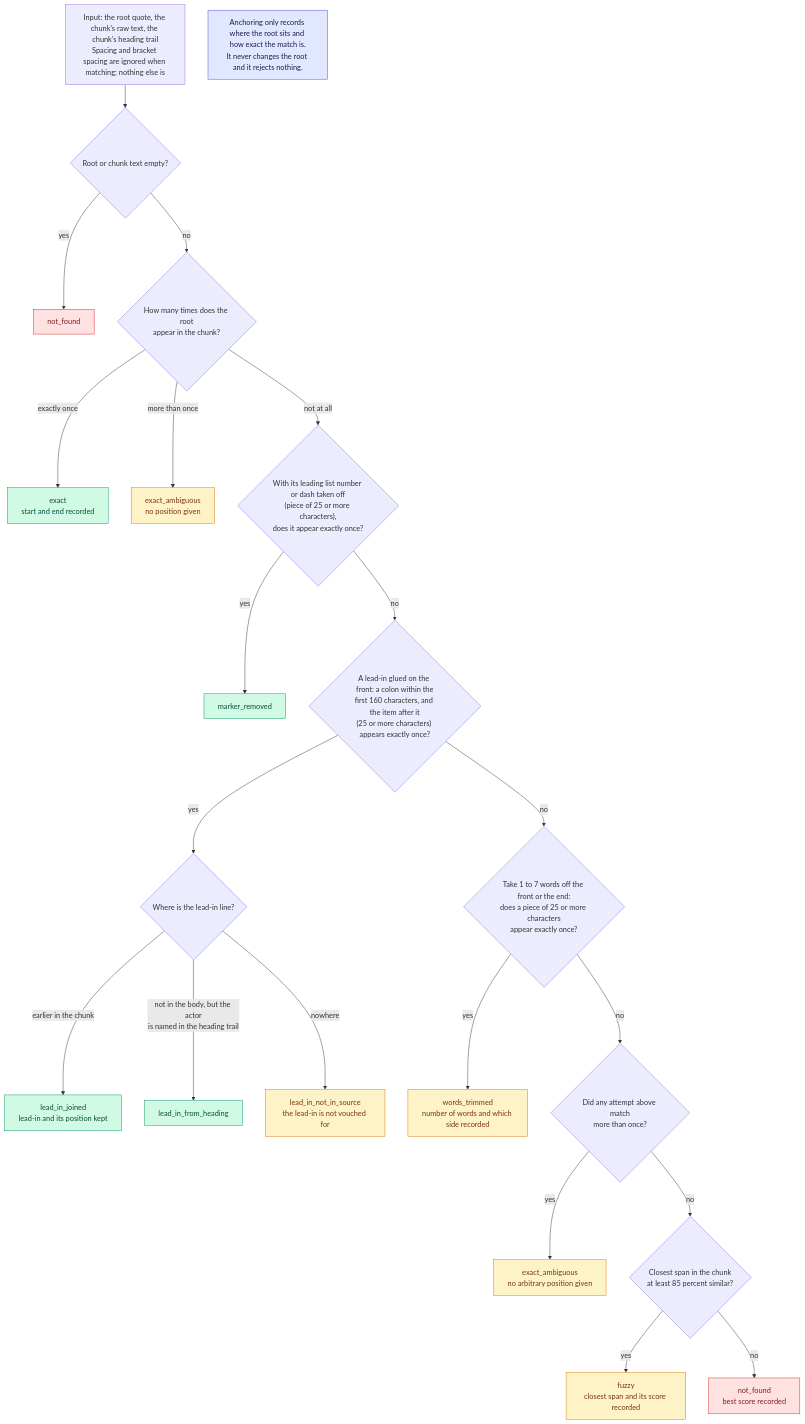
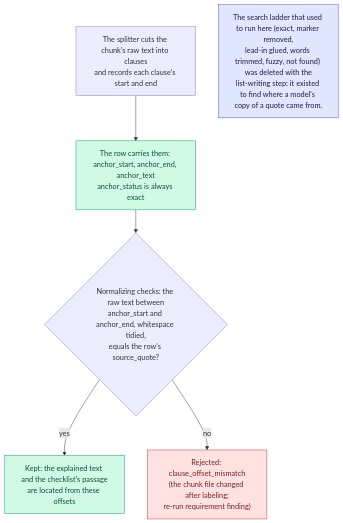
Before and after one commit to TylerGRClark/ReqBot: the diagram in docs/diagrams/04_anchoring.md, drawn with Mermaid. The commit also changed other lines of this file and 81 other files, not shown here.

First line of the commit message:
feat(pipeline): requirement finding is clause labeling; delete the list-writing step (WP-4) (#365)

````diff
--- a/docs/diagrams/04_anchoring.md
+++ b/docs/diagrams/04_anchoring.md
@@ -5,34 +5,20 @@
 ```mermaid
 flowchart TD
-    IN["Input: the root quote, the chunk's raw text, the chunk's heading trail<br/>Spacing and bracket spacing are ignored when matching; nothing else is"]
-    NOTE["Anchoring only records where the root sits and how exact the match is.<br/>It never changes the root and it rejects nothing."]
+    S["The splitter cuts the chunk's raw text into clauses<br/>and records each clause's start and end"]
+    R["The row carries them: anchor_start, anchor_end, anchor_text<br/>anchor_status is always exact"]
+    N{"Normalizing checks: the raw text between<br/>anchor_start and anchor_end, whitespace tidied,<br/>equals the row's source_quote?"}
+    OK["Kept: the explained text and the checklist's passage<br/>are located from these offsets"]
+    BAD["Rejected: clause_offset_mismatch<br/>(the chunk file changed after labeling;<br/>re-run requirement finding)"]
+    NOTE["The search ladder that used to run here (exact, marker removed,<br/>lead-in glued, words trimmed, fuzzy, not found) was deleted with the<br/>list-writing step: it existed to find where a model's copy of a quote came from."]
 
-    IN --> A0{"Root or chunk text empty?"}
-    A0 -->|yes| NF1["not_found"]
-    A0 -->|no| A1{"How many times does the root<br/>appear in the chunk?"}
-    A1 -->|"exactly once"| EX["exact<br/>start and end recorded"]
-    A1 -->|"more than once"| AMB["exact_ambiguous<br/>no position given"]
-    A1 -->|"not at all"| A2{"With its leading list number or dash taken off<br/>(piece of 25 or more characters),<br/>does it appear exactly once?"}
-    A2 -->|yes| MR["marker_removed"]
-    A2 -->|no| A3{"A lead-in glued on the front: a colon within the<br/>first 160 characters, and the item after it<br/>(25 or more characters) appears exactly once?"}
-    A3 -->|yes| A3a{"Where is the lead-in line?"}
-    A3a -->|"earlier in the chunk"| LJ["lead_in_joined<br/>lead-in and its position kept"]
-    A3a -->|"not in the body, but the actor<br/>is named in the heading trail"| LH["lead_in_from_heading"]
-    A3a -->|"nowhere"| LN["lead_in_not_in_source<br/>the lead-in is not vouched for"]
-    A3 -->|no| A4{"Take 1 to 7 words off the front or the end:<br/>does a piece of 25 or more characters<br/>appear exactly once?"}
-    A4 -->|yes| WT["words_trimmed<br/>number of words and which side recorded"]
-    A4 -->|no| A5{"Did any attempt above match<br/>more than once?"}
-    A5 -->|yes| AMB2["exact_ambiguous<br/>no arbitrary position given"]
-    A5 -->|no| A6{"Closest span in the chunk<br/>at least 85 percent similar?"}
-    A6 -->|yes| FZ["fuzzy<br/>closest span and its score recorded"]
-    A6 -->|no| NF2["not_found<br/>best score recorded"]
+    S --> R --> N
+    N -->|yes| OK
+    N -->|no| BAD
 
     classDef ok fill:#d1fae5,stroke:#059669,color:#064e3b;
-    classDef loose fill:#fef3c7,stroke:#d97706,color:#78350f;
     classDef none fill:#fee2e2,stroke:#dc2626,color:#7f1d1d;
     classDef note fill:#e0e7ff,stroke:#4f46e5,color:#1e1b4b;
-    class EX,MR,LJ,LH ok;
-    class AMB,AMB2,LN,WT,FZ loose;
-    class NF1,NF2 none;
+    class OK,R ok;
+    class BAD none;
     class NOTE note;
 ```
````
